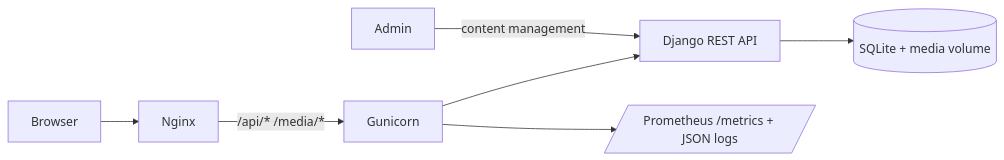
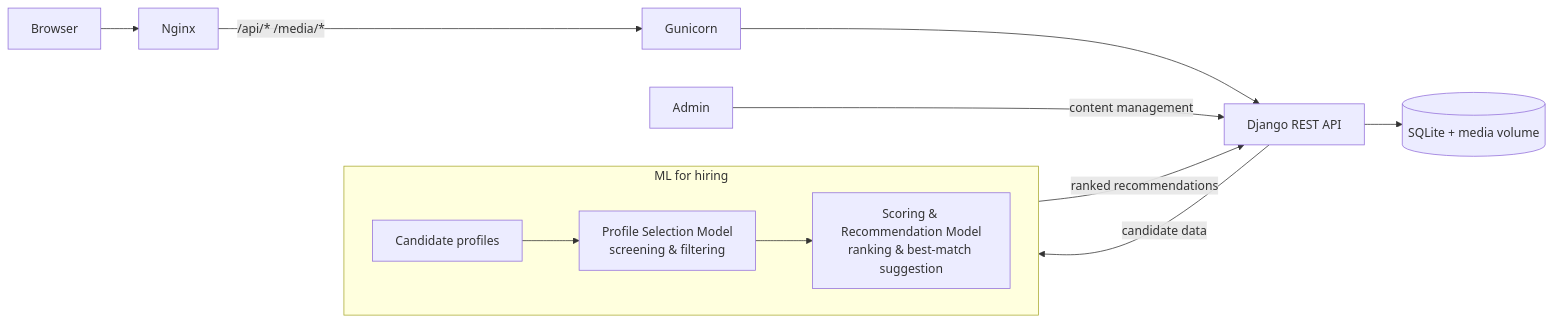
Before and after one commit to Juanydeloslagos/zourcing-showcase: the diagram in README.md, drawn with Mermaid. The commit also changed other lines of this file, not shown here.

Commit message:
Add ML hiring pipeline: profile selection model + scoring and recommendation model

````diff
--- a/README.md
+++ b/README.md
@@ -30,9 +34,16 @@
 ```mermaid
 flowchart LR
     B[Browser] --> N[Nginx]
     N -->|/api/* /media/*| G[Gunicorn]
     G --> D[Django REST API]
     D --> DB[(SQLite + media volume)]
     A[Admin] -->|content management| D
-    G --> M[/Prometheus /metrics + JSON logs/]
+
+    subgraph ML [ML for hiring]
+        direction LR
+        C[Candidate profiles] --> S1[Profile Selection Model<br/>screening & filtering]
+        S1 --> S2[Scoring & Recommendation Model<br/>ranking & best-match suggestion]
+    end
+    D -->|candidate data| S1
+    S2 -->|ranked recommendations| D
 ```
````
